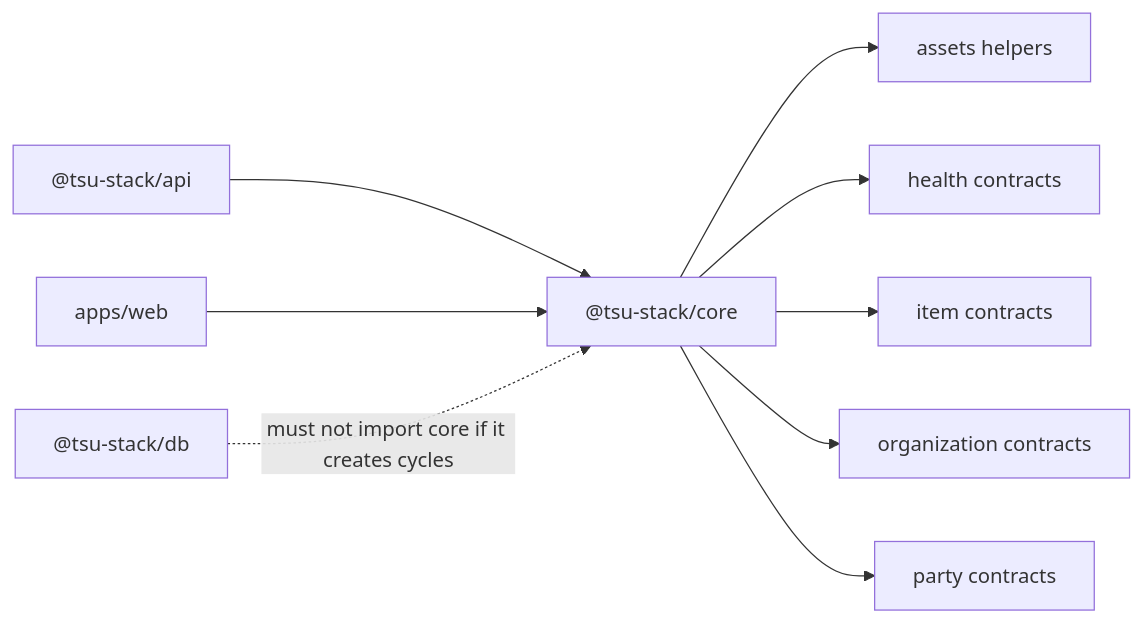
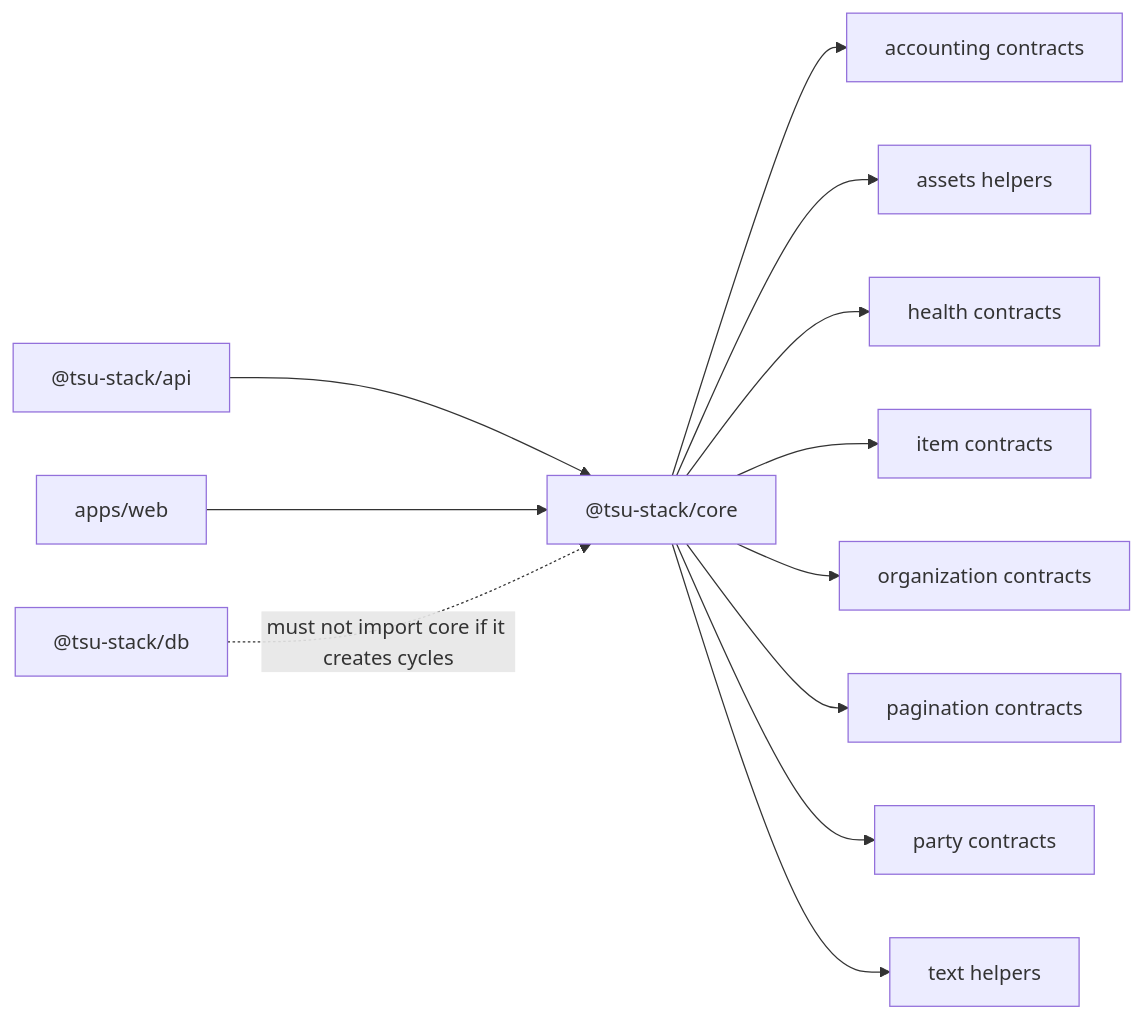
One commit to isherbuilds/edernal-books changed the diagram in packages/core/README.md. Above: the diagram before and after it, drawn with Mermaid. The commit also changed other lines of this file and 3 other files, not shown here.

````diff
--- a/packages/core/README.md
+++ b/packages/core/README.md
@@ -19,11 +19,14 @@
 ```mermaid
 flowchart LR
-  Core["@tsu-stack/core"] --> Assets["assets helpers"]
+  Core["@tsu-stack/core"] --> Accounting["accounting contracts"]
+  Core --> Assets["assets helpers"]
   Core --> Health["health contracts"]
   Core --> Items["item contracts"]
   Core --> Organizations["organization contracts"]
+  Core --> Pagination["pagination contracts"]
   Core --> Parties["party contracts"]
+  Core --> Text["text helpers"]
   API["@tsu-stack/api"] --> Core
   Web["apps/web"] --> Core
   DB["@tsu-stack/db"] -. "must not import core if it creates cycles" .-> Core
 ```
````
